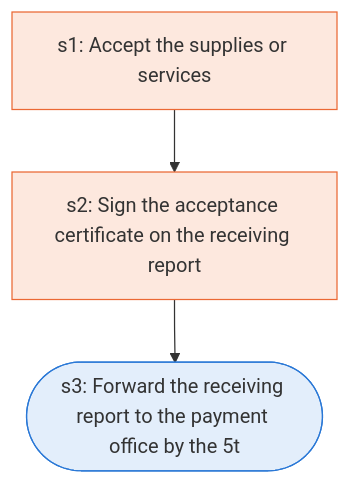
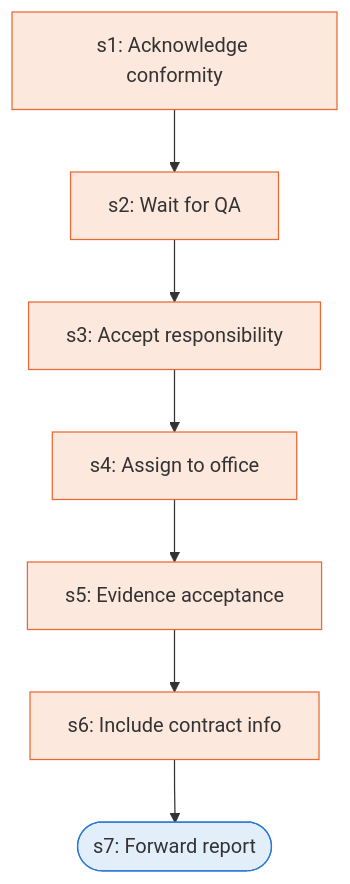
The diagram in docs/runbooks/p2p_acceptance_receiving_report.md (Jitesh-Mishra/sop-to-agent-workflows), drawn with Mermaid before and after one commit. The commit also changed other lines of this file and 172 other files, not shown here.

````diff
--- a/docs/runbooks/p2p_acceptance_receiving_report.md
+++ b/docs/runbooks/p2p_acceptance_receiving_report.md
@@ -7,12 +7,20 @@
 ```mermaid
 flowchart TD
-  s1["s1: Accept the supplies or services"]
-  s2["s2: Sign the acceptance certificate on the receiving report"]
-  s3(["s3: Forward the receiving report to the payment office by the 5t"])
+  s1["s1: Acknowledge conformity"]
+  s2["s2: Wait for QA"]
+  s3["s3: Accept responsibility"]
+  s4["s4: Assign to office"]
+  s5["s5: Evidence acceptance"]
+  s6["s6: Include contract info"]
+  s7(["s7: Forward report"])
   s1 --> s2
   s2 --> s3
+  s3 --> s4
+  s4 --> s5
+  s5 --> s6
+  s6 --> s7
   classDef agent fill:#e3eefb,stroke:#2a78d6
   classDef human fill:#fde8de,stroke:#eb6834
-  class s3 agent
-  class s1,s2 human
+  class s7 agent
+  class s1,s2,s3,s4,s5,s6 human
 ```
````
